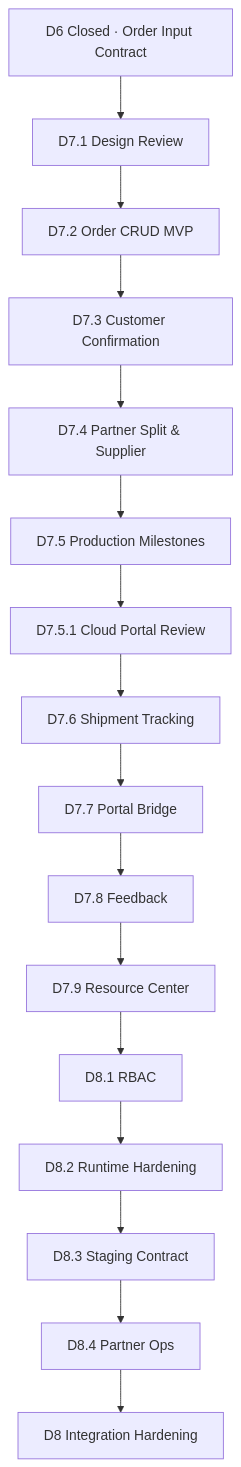
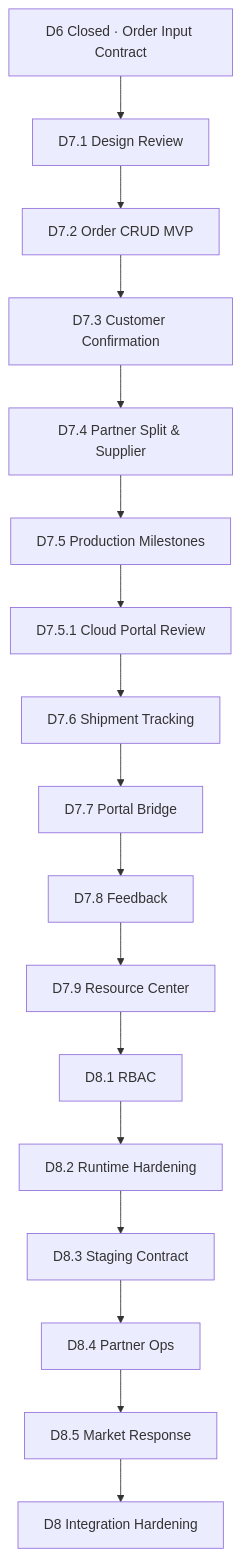
The diagram in docs/phase3/phase3_roadmap.md (StefanoJIA/PartnerOS), drawn with Mermaid before and after one commit. The commit also changed other lines of this file and 11 other files, not shown here.

Commit message:
feat(market): add D8.5 response intelligence

````diff
--- a/docs/phase3/phase3_roadmap.md
+++ b/docs/phase3/phase3_roadmap.md
@@ -44,35 +45,37 @@
 ```mermaid
 flowchart TD
   D6[D6 Closed · Order Input Contract]
   D71[D7.1 Design Review]
   D72[D7.2 Order CRUD MVP]
   D73[D7.3 Customer Confirmation]
   D74[D7.4 Partner Split & Supplier]
   D75[D7.5 Production Milestones]
   D751[D7.5.1 Cloud Portal Review]
   D76[D7.6 Shipment Tracking]
   D77[D7.7 Portal Bridge]
   D78[D7.8 Feedback]
   D79[D7.9 Resource Center]
   D81[D8.1 RBAC]
   D82[D8.2 Runtime Hardening]
   D83[D8.3 Staging Contract]
   D84[D8.4 Partner Ops]
+  D85[D8.5 Market Response]
   D8[D8 Integration Hardening]
 
   D6 --> D71
   D71 --> D72
   D72 --> D73
   D73 --> D74
   D74 --> D75
   D75 --> D751
   D751 --> D76
   D76 --> D77
   D77 --> D78
   D78 --> D79
   D79 --> D81
   D81 --> D82
   D82 --> D83
   D83 --> D84
-  D84 --> D8
+  D84 --> D85
+  D85 --> D8
 ```
````
